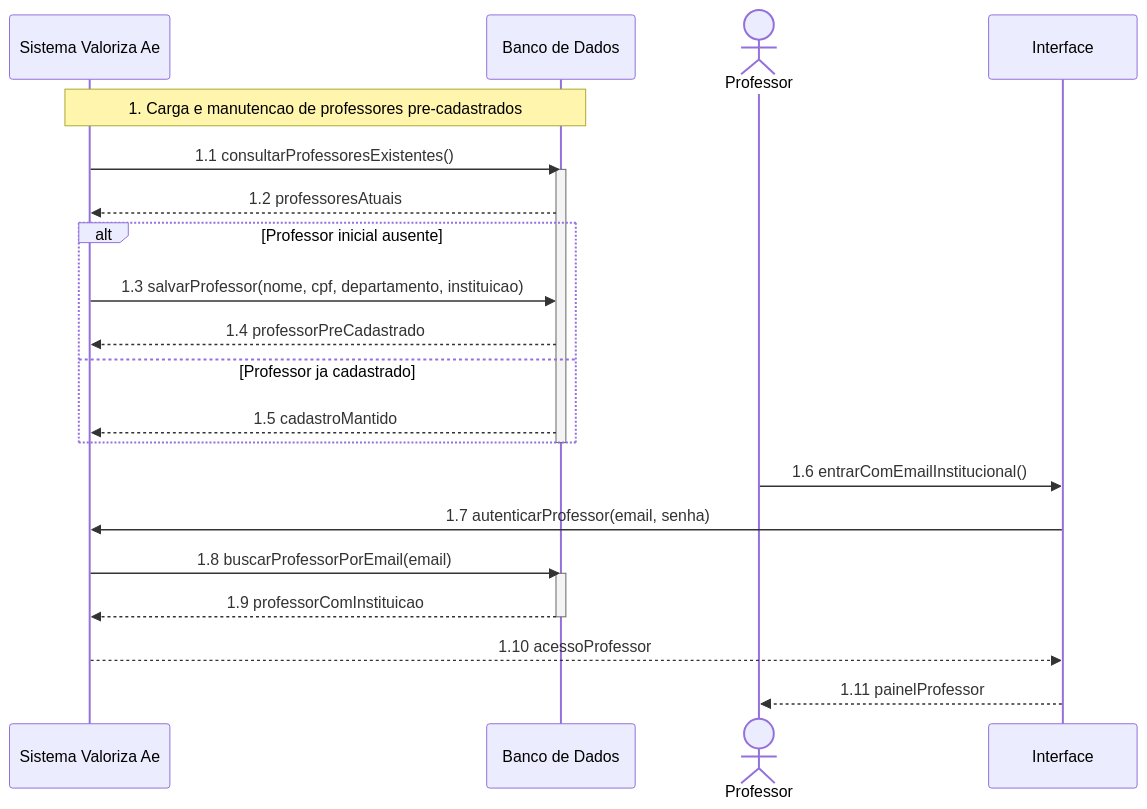
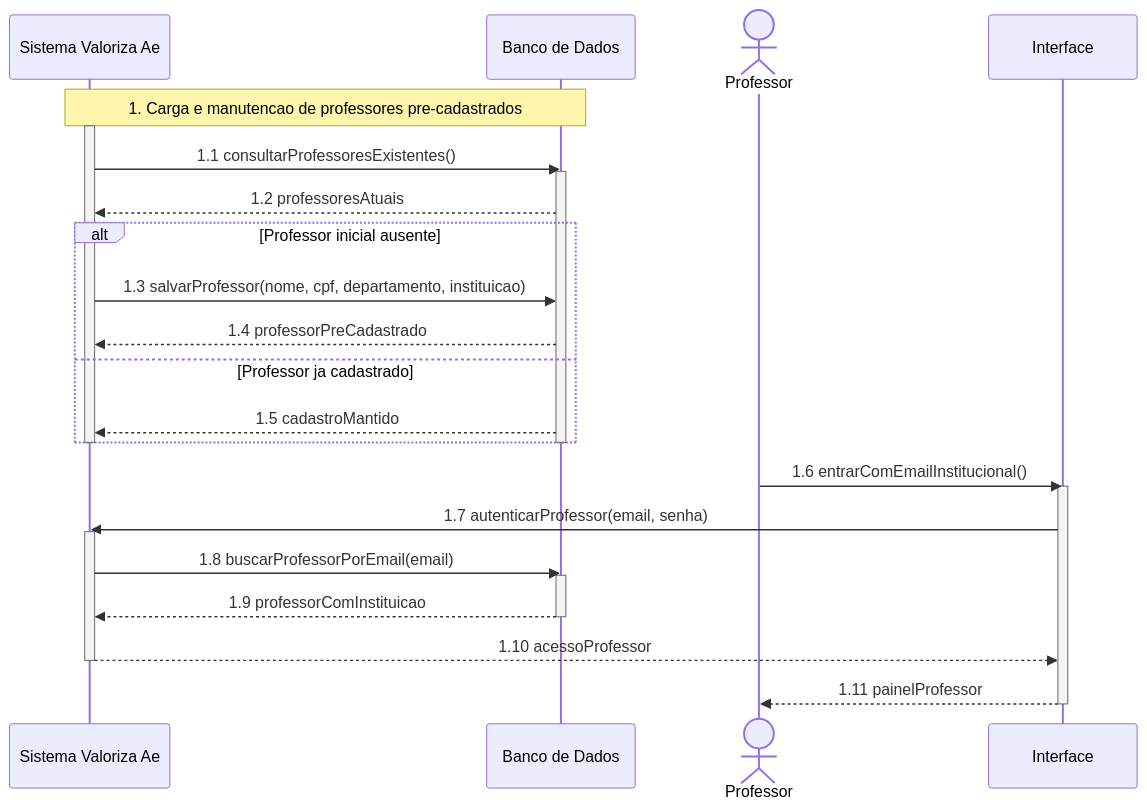
Before and after one commit to Pedroh26ES/Sistema-De-Moedas-Java: the diagram in Artefatos/DiagramaDeSequencia/DiagramaDeSequencia-RF-04-professores-pre-cadastrados.md, drawn with Mermaid. The commit also changed 17 other files, not shown here.

````diff
--- a/Artefatos/DiagramaDeSequencia/DiagramaDeSequencia-RF-04-professores-pre-cadastrados.md
+++ b/Artefatos/DiagramaDeSequencia/DiagramaDeSequencia-RF-04-professores-pre-cadastrados.md
@@ -9,27 +9,33 @@
 ```mermaid
 sequenceDiagram
     participant Sistema as Sistema Valoriza Ae
     participant DB as Banco de Dados
     actor Professor
     participant Interface
 
     Note over Sistema,DB: 1. Carga e manutencao de professores pre-cadastrados
+    activate Sistema
     Sistema->>DB: 1.1 consultarProfessoresExistentes()
     activate DB
     DB-->>Sistema: 1.2 professoresAtuais
     alt Professor inicial ausente
         Sistema->>DB: 1.3 salvarProfessor(nome, cpf, departamento, instituicao)
         DB-->>Sistema: 1.4 professorPreCadastrado
     else Professor ja cadastrado
         DB-->>Sistema: 1.5 cadastroMantido
     end
     deactivate DB
+    deactivate Sistema
     Professor->>Interface: 1.6 entrarComEmailInstitucional()
+    activate Interface
     Interface->>Sistema: 1.7 autenticarProfessor(email, senha)
+    activate Sistema
     Sistema->>DB: 1.8 buscarProfessorPorEmail(email)
     activate DB
     DB-->>Sistema: 1.9 professorComInstituicao
     deactivate DB
     Sistema-->>Interface: 1.10 acessoProfessor
+    deactivate Sistema
     Interface-->>Professor: 1.11 painelProfessor
+    deactivate Interface
 ```
````
